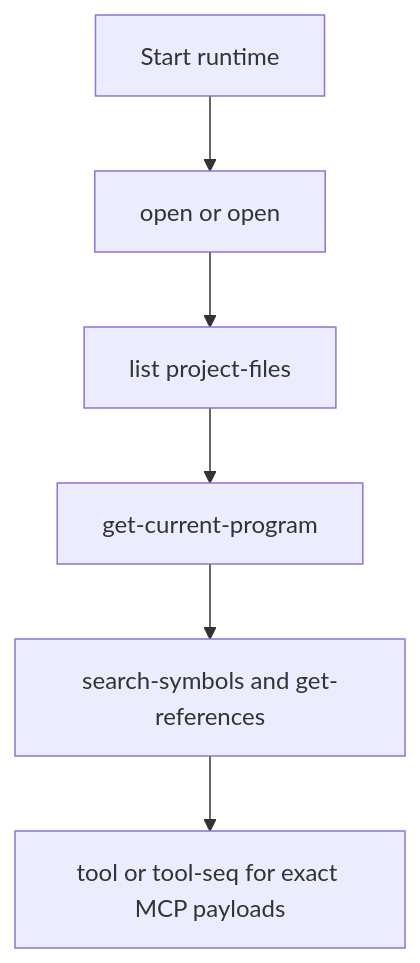
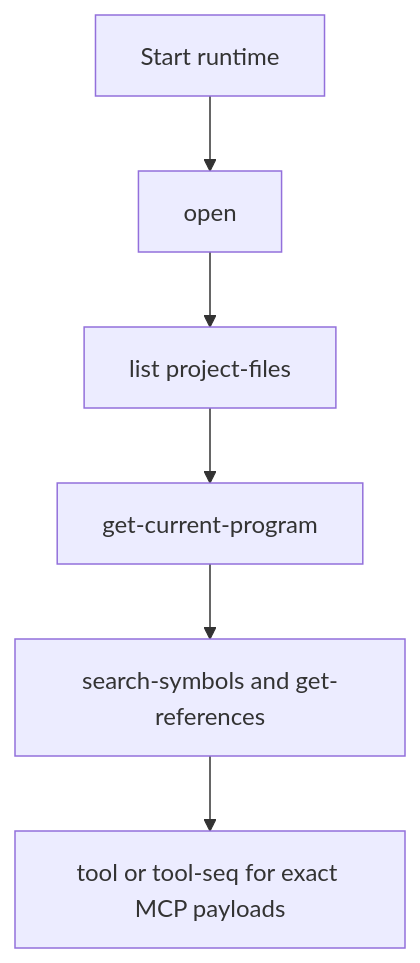
The diagram in USAGE.md (bolabaden/AgentDecompile), drawn with Mermaid before and after one commit. The commit also changed other lines of this file and 518 other files, not shown here.

````diff
--- a/USAGE.md
+++ b/USAGE.md
@@ -3,8 +5,8 @@
 ```mermaid
 flowchart TD
-  A[Start runtime] --> B[open or open]
+  A[Start runtime] --> B[open]
   B --> C[list project-files]
   C --> D[get-current-program]
   D --> E[search-symbols and get-references]
   E --> F[tool or tool-seq for exact MCP payloads]
 ```
````
